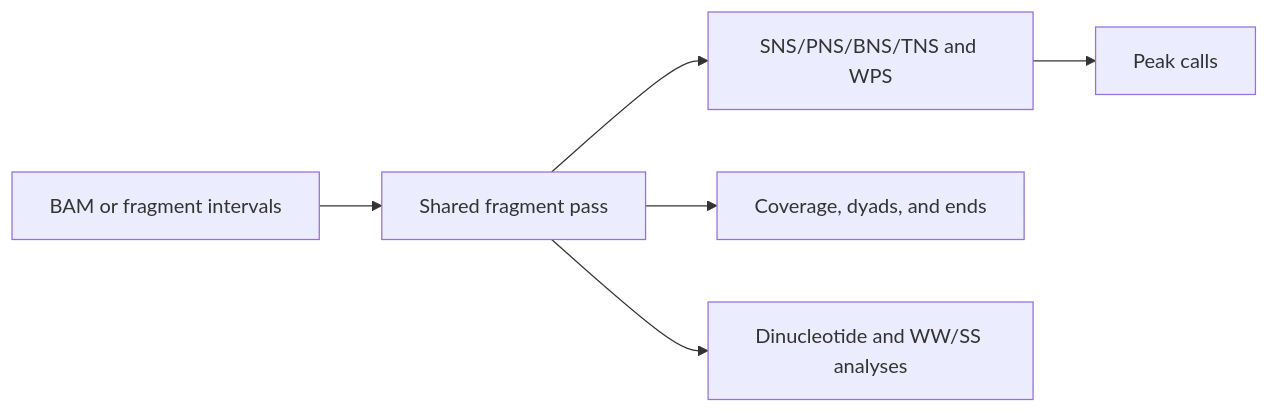
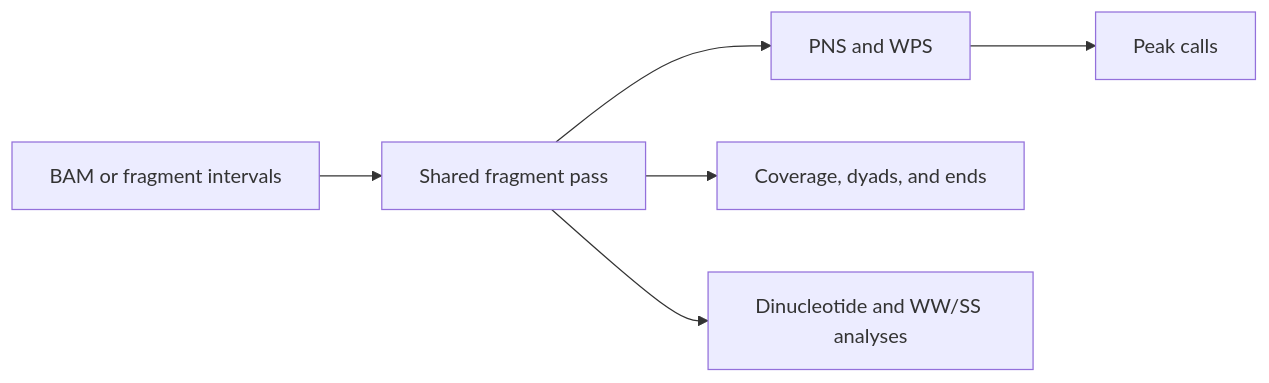
The diagram in docs/commands/tracks.md (adjohnston85/NucleoSuite), drawn with Mermaid before and after one commit. The commit also changed other lines of this file and 84 other files, not shown here.

````diff
--- a/docs/commands/tracks.md
+++ b/docs/commands/tracks.md
@@ -11,8 +11,8 @@
 ```mermaid
 flowchart LR
     A[BAM or fragment intervals] --> B[Shared fragment pass]
-    B --> C[SNS/PNS/BNS/TNS and WPS]
+    B --> C[PNS and WPS]
     B --> D[Coverage, dyads, and ends]
     B --> E[Dinucleotide and WW/SS analyses]
     C --> F[Peak calls]
 ```
````
